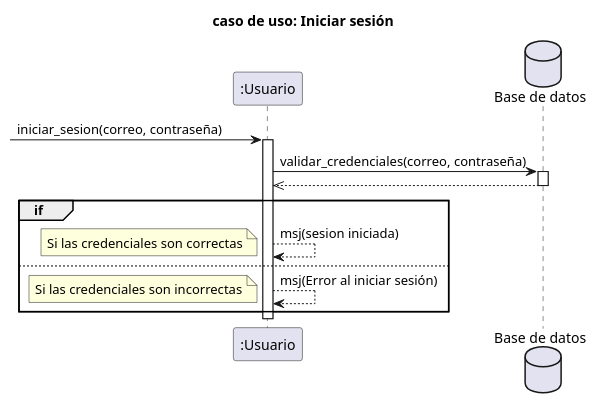
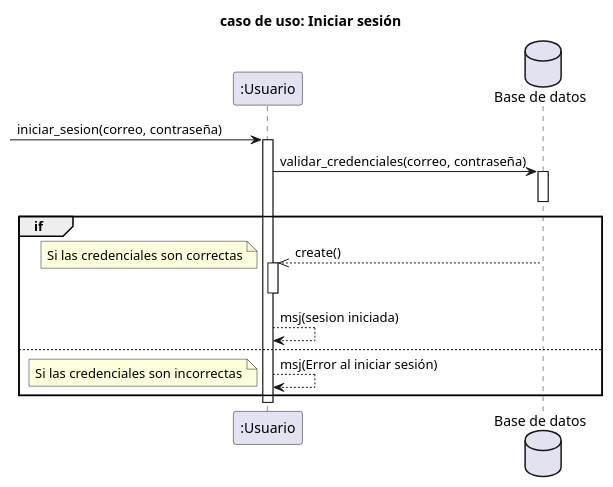
One commit to RubenE107/diagramas-de-dise-o-uml changed the diagram in interacion 2/Iniciar_sesion.puml. Above: the diagram before and after it, drawn with PlantUML. The commit also changed 1 other file, not shown here.

```diff
--- a/interacion 2/Iniciar_sesion.puml
+++ b/interacion 2/Iniciar_sesion.puml
@@ -1,21 +1,26 @@
 @startuml
 title caso de uso: Iniciar sesión
 
 participant ":Usuario" as u
 database "Base de datos" as BD
  -> u: iniciar_sesion(correo, contraseña)
 activate u
 u->BD: validar_credenciales(correo, contraseña)
 activate BD
-BD-->>u
+
 deactivate BD
 
 group if
+
+BD-->>u:create()
+note left: Si las credenciales son correctas
+activate u
+deactivate u
 u --> u: msj(sesion iniciada)
-note left: Si las credenciales son correctas
+
 else
 u --> u: msj(Error al iniciar sesión)
 note left: Si las credenciales son incorrectas
 end
 deactivate u
 @enduml
```
